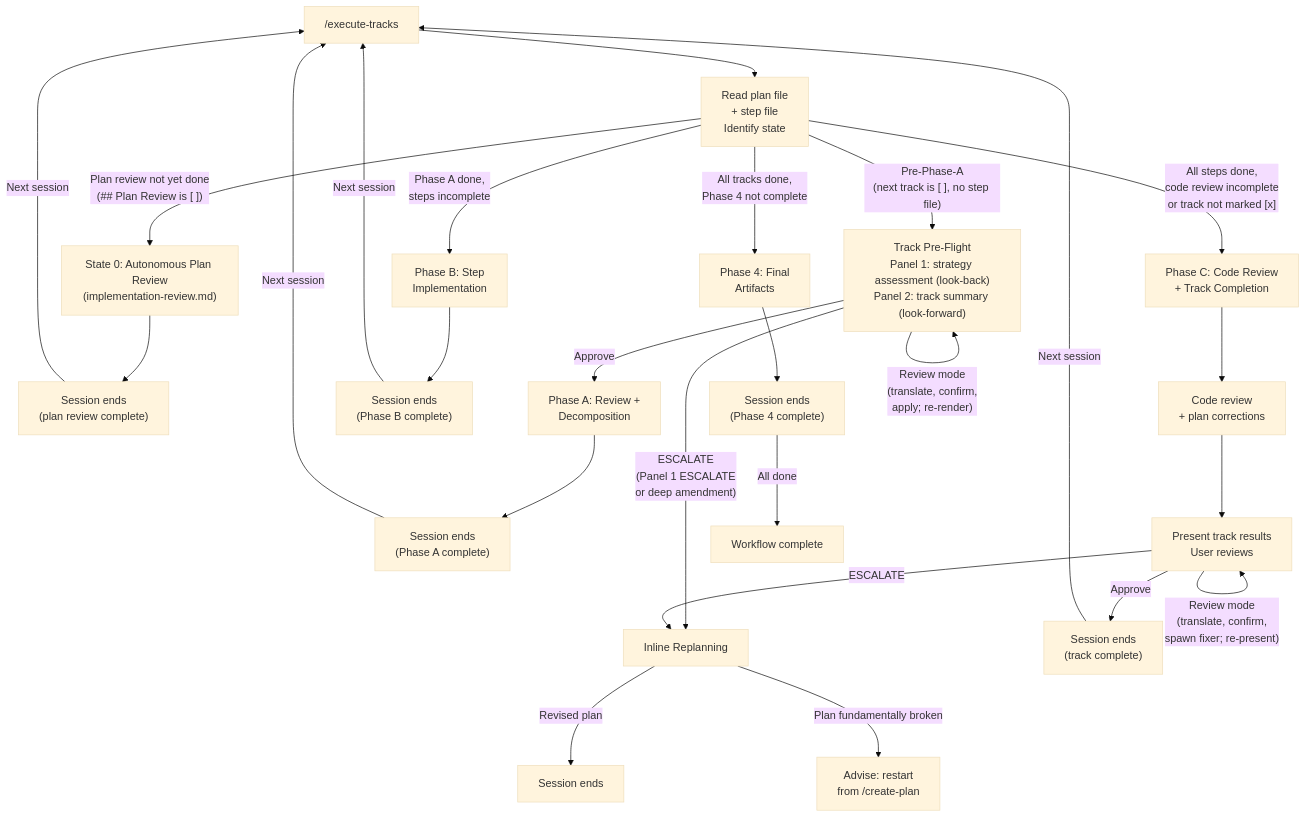
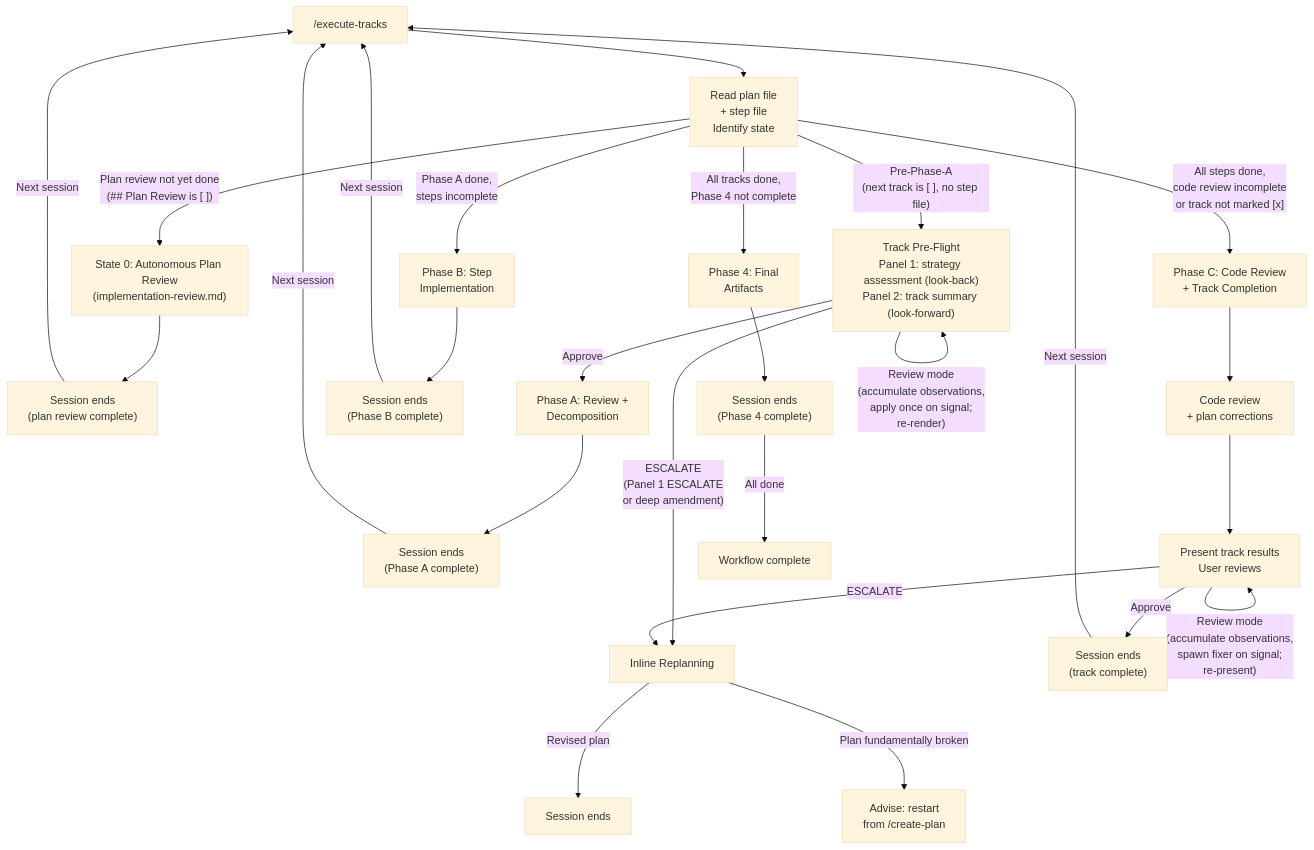
The diagram in .claude/workflow/workflow.md (JetBrains/youtrackdb), drawn with Mermaid (base theme) before and after one commit. The commit also changed other lines of this file and 5 other files, not shown here.

````diff
--- a/.claude/workflow/workflow.md
+++ b/.claude/workflow/workflow.md
@@ -70,38 +70,38 @@
 ```mermaid
 flowchart TD
     START["/execute-tracks"]
     READ["Read plan file\n+ step file\nIdentify state"]
 
     START --> READ
 
     READ -->|"Plan review not yet done\n(## Plan Review is [ ])"| P2["State 0: Autonomous Plan Review\n(implementation-review.md)"]
     READ -->|"Pre-Phase-A\n(next track is [ ], no step file)"| PREFLIGHT["Track Pre-Flight\nPanel 1: strategy assessment (look-back)\nPanel 2: track summary (look-forward)"]
     READ -->|"Phase A done,\nsteps incomplete"| PB["Phase B: Step\nImplementation"]
     READ -->|"All steps done,\ncode review incomplete\nor track not marked [x]"| PC["Phase C: Code Review\n+ Track Completion"]
     READ -->|"All tracks done,\nPhase 4 not complete"| P4["Phase 4: Final\nArtifacts"]
 
     P2 --> END_P2["Session ends\n(plan review complete)"]
     PREFLIGHT -->|Approve| PA["Phase A: Review +\nDecomposition"]
-    PREFLIGHT -->|"Review mode\n(translate, confirm,\napply; re-render)"| PREFLIGHT
+    PREFLIGHT -->|"Review mode\n(accumulate observations,\napply once on signal;\nre-render)"| PREFLIGHT
     PREFLIGHT -->|"ESCALATE\n(Panel 1 ESCALATE\nor deep amendment)"| REPLAN["Inline Replanning"]
 
     REPLAN -->|"Revised plan"| END_S["Session ends"]
     REPLAN -->|"Plan fundamentally broken"| EXIT_P1["Advise: restart\nfrom /create-plan"]
 
     PA --> END_A["Session ends\n(Phase A complete)"]
     PB --> END_B["Session ends\n(Phase B complete)"]
 
     PC --> REVIEW["Code review\n+ plan corrections"]
     REVIEW --> PRESENT["Present track results\nUser reviews"]
     PRESENT -->|Approve| END_TRACK["Session ends\n(track complete)"]
-    PRESENT -->|"Review mode\n(translate, confirm,\nspawn fixer; re-present)"| PRESENT
+    PRESENT -->|"Review mode\n(accumulate observations,\nspawn fixer on signal;\nre-present)"| PRESENT
     PRESENT -->|ESCALATE| REPLAN
 
     P4 --> END_P4["Session ends\n(Phase 4 complete)"]
 
     END_P2 -->|"Next session"| START
     END_A -->|"Next session"| START
     END_B -->|"Next session"| START
     END_TRACK -->|"Next session"| START
     END_P4 -->|"All done"| DONE["Workflow complete"]
 ```
````
